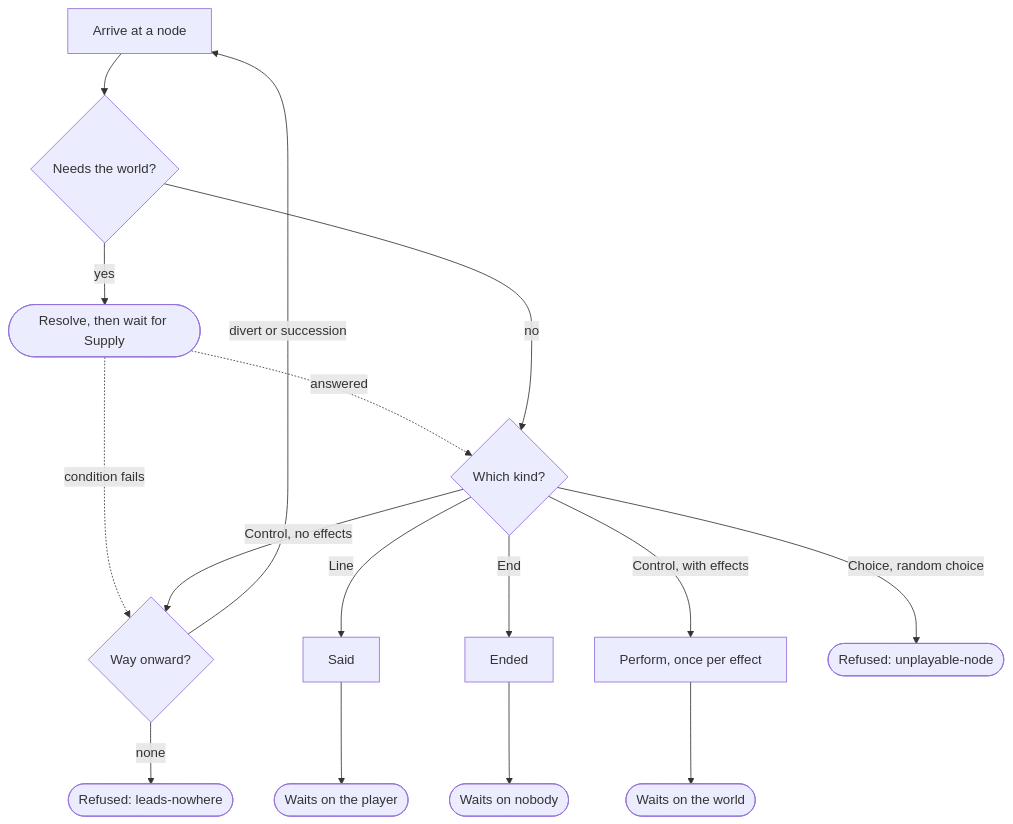
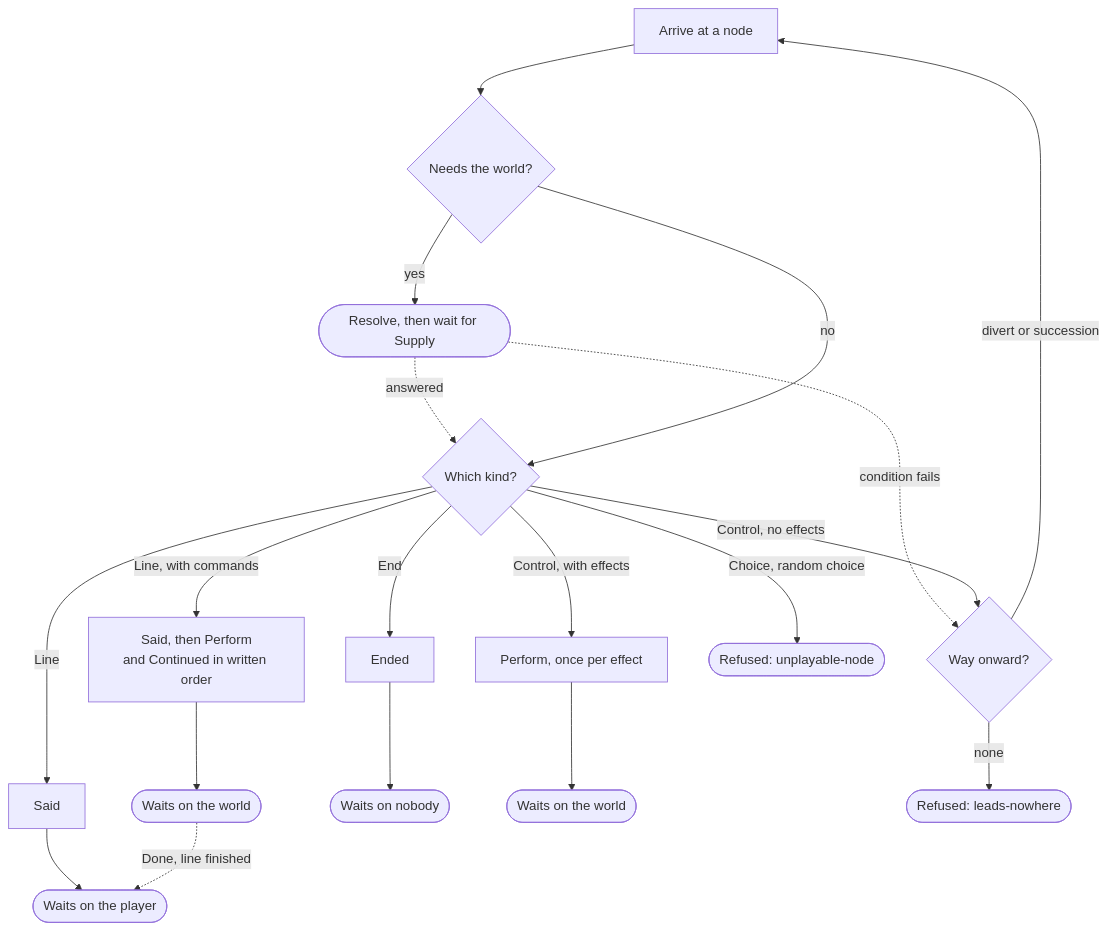
Before and after one commit to pengzhengyi/dialoguedown: the second of 2 diagrams in docs/contributing/design-notes/runtime/Runner.md, drawn with Mermaid. The commit also changed other lines of this file and 69 other files, not shown here.

````diff
--- a/docs/contributing/design-notes/runtime/Runner.md
+++ b/docs/contributing/design-notes/runtime/Runner.md
@@ -144,15 +148,17 @@
 ```mermaid
 flowchart TD
     Arrive["Arrive at a node"] --> Cond{"Needs the world?"}
     Cond -->|yes| Resolve(["Resolve, then wait for Supply"])
     Resolve -.->|"condition fails"| Onward
     Resolve -.->|"answered"| Kind
     Cond -->|no| Kind{"Which kind?"}
     Kind -->|Line| Say["Said"] --> Player(["Waits on the player"])
+    Kind -->|"Line, with commands"| Speak["Said, then Perform<br/>and Continued in written order"] --> LineWorld(["Waits on the world"])
+    LineWorld -.->|"Done, line finished"| Player
     Kind -->|End| Over["Ended"] --> Nobody(["Waits on nobody"])
     Kind -->|"Control, with effects"| Ask["Perform, once per effect"] --> World(["Waits on the world"])
     Kind -->|"Control, no effects"| Onward{"Way onward?"}
     Kind -->|"Choice, random choice"| RefuseK(["Refused: unplayable-node"])
     Onward -->|"divert or succession"| Arrive
     Onward -->|none| RefuseN(["Refused: leads-nowhere"])
 ```
````
